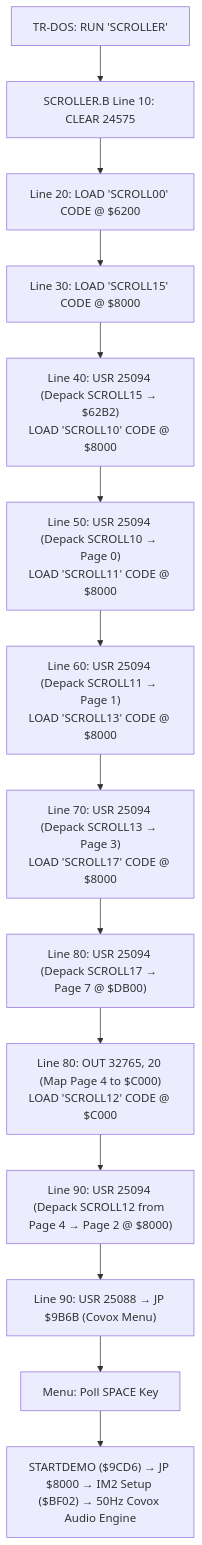
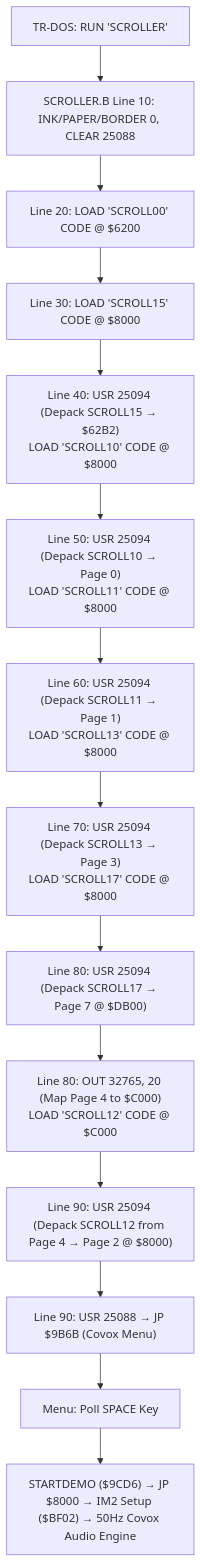
Before and after one commit to alfishe/unreal-ng: the diagram in docs/disasm/demo/scroller/README.md, drawn with Mermaid. The commit also changed other lines of this file and 10 other files, not shown here.

First line of the commit message:
fix(scroller): Fix TR-DOS param 2 in patched loader and add 128K menu test

````diff
--- a/docs/disasm/demo/scroller/README.md
+++ b/docs/disasm/demo/scroller/README.md
@@ -94,16 +95,16 @@
 ```mermaid
 flowchart TD
-    A["TR-DOS: RUN 'SCROLLER'"] --> B["SCROLLER.B Line 10: CLEAR 24575"]
+    A["TR-DOS: RUN 'SCROLLER'"] --> B["SCROLLER.B Line 10: INK/PAPER/BORDER 0, CLEAR 25088"]
     B --> C["Line 20: LOAD 'SCROLL00' CODE @ $6200"]
     C --> D["Line 30: LOAD 'SCROLL15' CODE @ $8000"]
     D --> E["Line 40: USR 25094 (Depack SCROLL15 &rarr; $62B2)<br/>LOAD 'SCROLL10' CODE @ $8000"]
     E --> F["Line 50: USR 25094 (Depack SCROLL10 &rarr; Page 0)<br/>LOAD 'SCROLL11' CODE @ $8000"]
     F --> G["Line 60: USR 25094 (Depack SCROLL11 &rarr; Page 1)<br/>LOAD 'SCROLL13' CODE @ $8000"]
     G --> H["Line 70: USR 25094 (Depack SCROLL13 &rarr; Page 3)<br/>LOAD 'SCROLL17' CODE @ $8000"]
     H --> I["Line 80: USR 25094 (Depack SCROLL17 &rarr; Page 7 @ $DB00)"]
     I --> J["Line 80: OUT 32765, 20 (Map Page 4 to $C000)<br/>LOAD 'SCROLL12' CODE @ $C000"]
     J --> K["Line 90: USR 25094 (Depack SCROLL12 from Page 4 &rarr; Page 2 @ $8000)"]
     K --> L["Line 90: USR 25088 &rarr; JP $9B6B (Covox Menu)"]
     L --> M["Menu: Poll SPACE Key"]
     M --> N["STARTDEMO ($9CD6) &rarr; JP $8000 &rarr; IM2 Setup ($BF02) &rarr; 50Hz Covox Audio Engine"]
 ```
````
